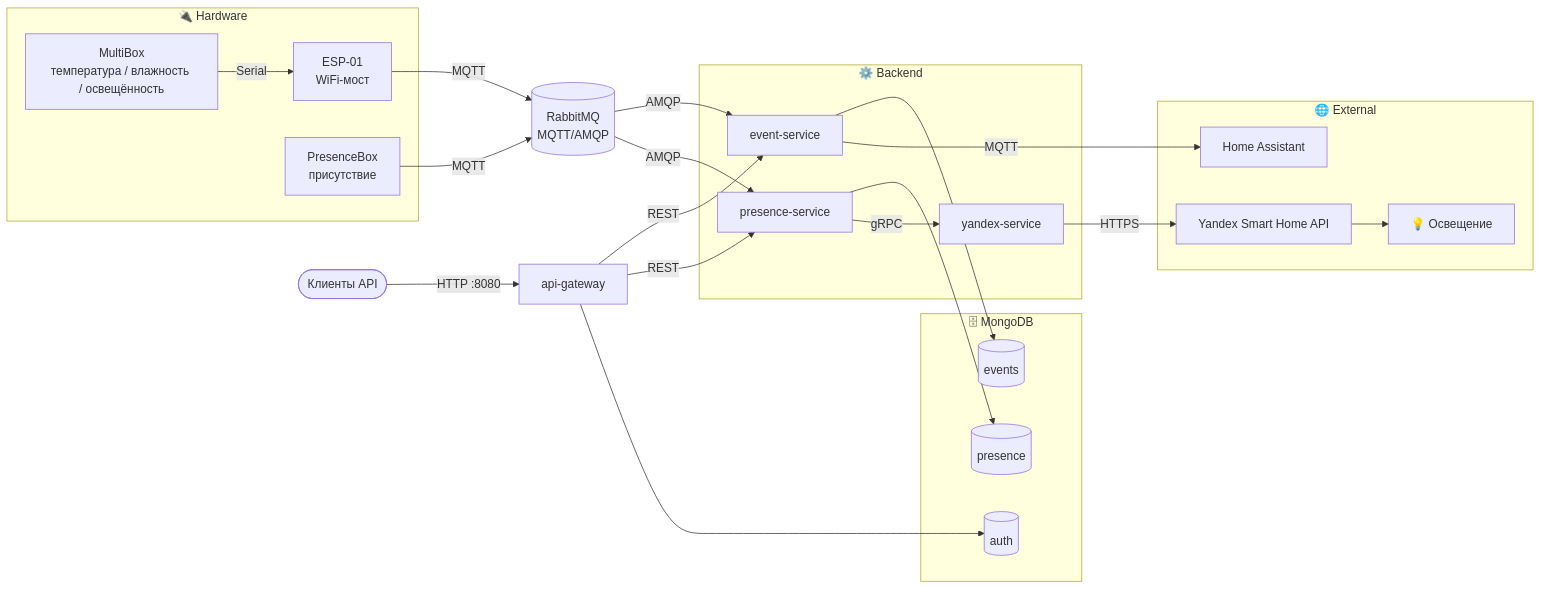
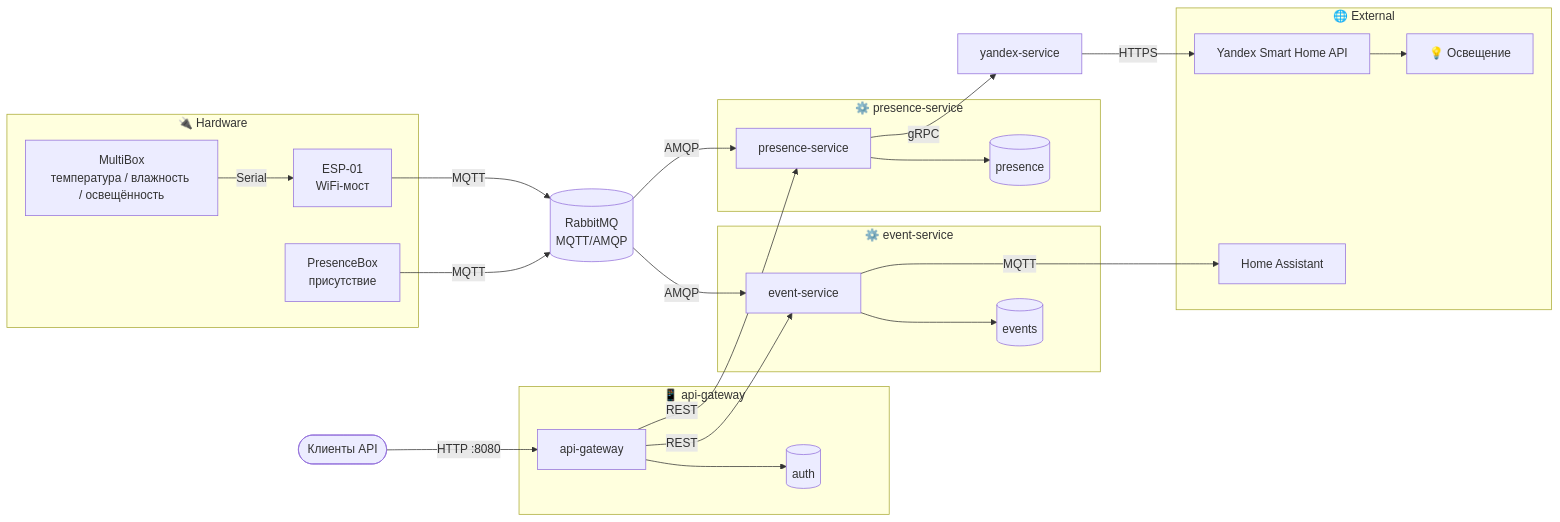
One commit to JohnnyNovac/home-sweet-home changed the diagram in README.md. Above: the diagram before and after it, drawn with Mermaid. The commit also changed 24 other files, not shown here.

````diff
--- a/README.md
+++ b/README.md
@@ -11,45 +11,51 @@
 ```mermaid
 flowchart LR
+    CLIENT([Клиенты API])
+
+    subgraph Gateway["📱 api-gateway"]
+        GW[api-gateway]
+        DBA[(auth)]
+        GW --> DBA
+    end
+
     subgraph Hardware["🔌 Hardware"]
         MB[MultiBox<br/>температура / влажность / освещённость]
         ESP[ESP-01<br/>WiFi-мост]
         PB[PresenceBox<br/>присутствие]
         MB -->|Serial| ESP
     end
 
     BROKER[(RabbitMQ<br/>MQTT/AMQP)]
 
-    subgraph Backend["⚙️ Backend"]
+    subgraph EventSvc["⚙️ event-service"]
         ES[event-service]
-        PS[presence-service]
-        YS[yandex-service]
+        DBE[(events)]
+        ES --> DBE
     end
 
-    subgraph Mongo["🗄 MongoDB"]
-        DBE[(events)]
+    subgraph PresenceSvc["⚙️ presence-service"]
+        PS[presence-service]
         DBP[(presence)]
-        DBA[(auth)]
+        PS --> DBP
     end
 
     subgraph External["🌐 External"]
         HA[Home Assistant]
         YAPI[Yandex Smart Home API]
         LIGHTNING[💡 Освещение]
     end
 
+    YS[yandex-service]
+
+    CLIENT -->|HTTP :8080| GW
     ESP -->|MQTT| BROKER
     PB -->|MQTT| BROKER
     BROKER -->|AMQP| ES
     BROKER -->|AMQP| PS
-    ES --> DBE
-    PS --> DBP
+    GW -->|REST| ES
+    GW -->|REST| PS
     ES -->|MQTT| HA
     PS -->|gRPC| YS
     YS -->|HTTPS| YAPI
     YAPI --> LIGHTNING
-
-    CLIENT([Клиенты API]) -->|HTTP :8080| GW[api-gateway]
-    GW -->|REST| ES
-    GW -->|REST| PS
-    GW --> DBA
 ```
````
